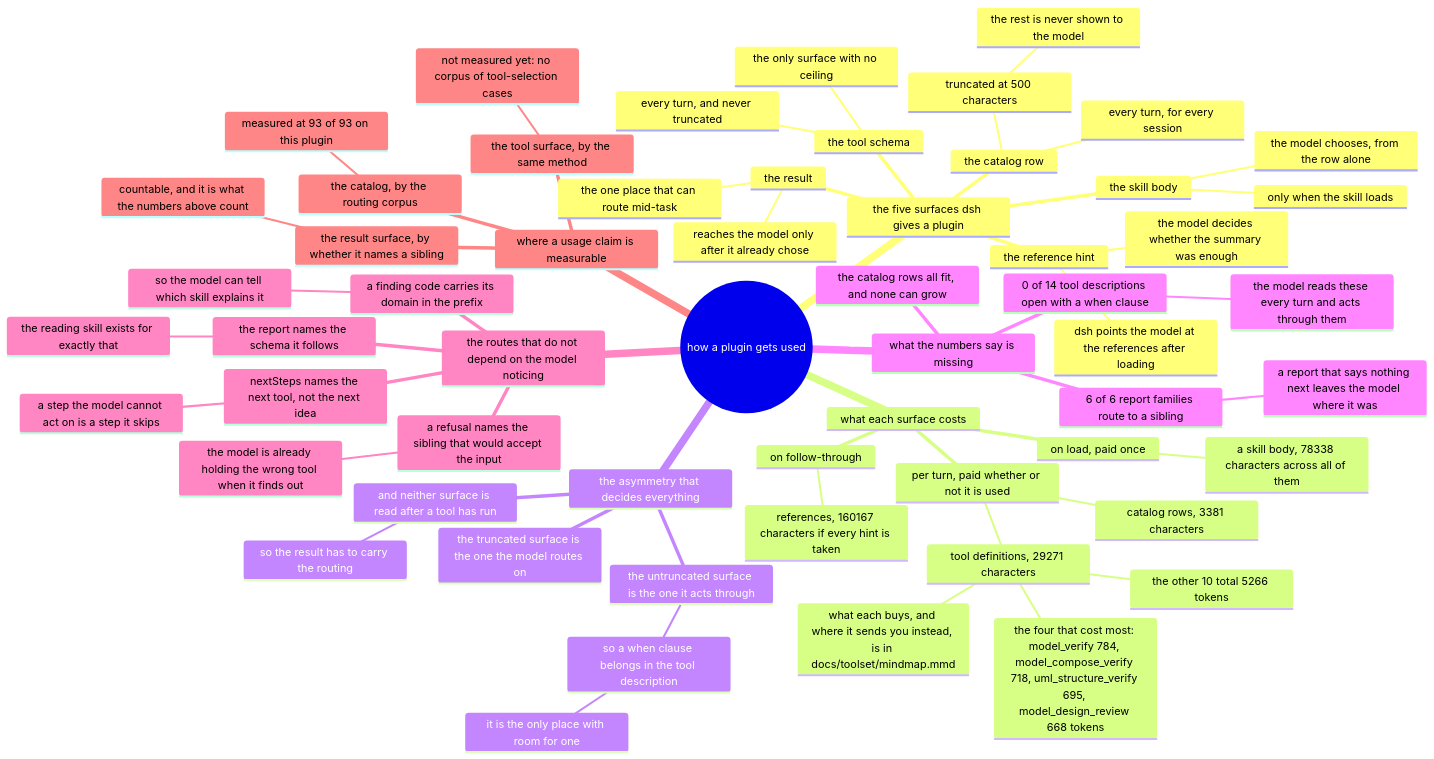
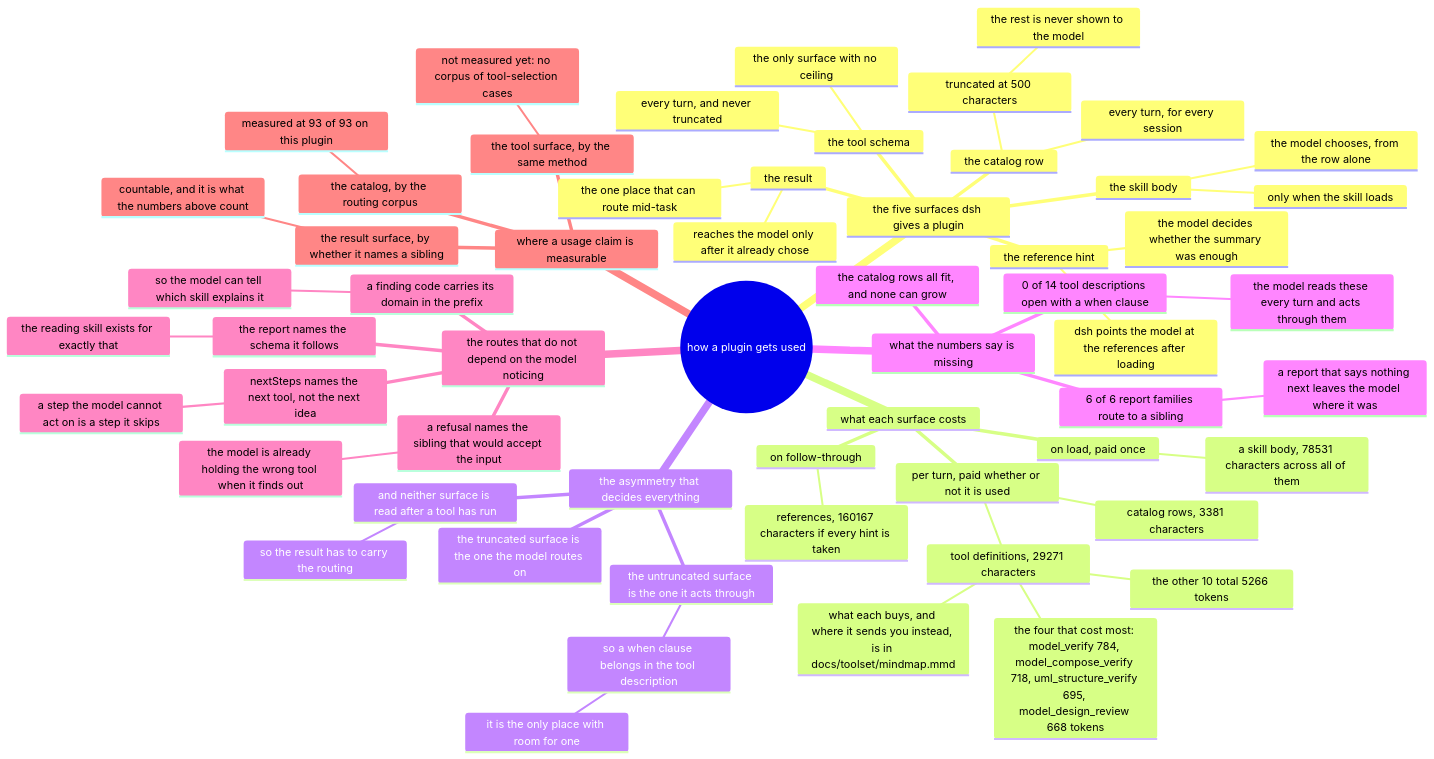
One commit to AmethystLuna/dsh-model-everything changed the diagram in docs/usage/mindmap.mmd. Above: the diagram before and after it, drawn with Mermaid. The commit also changed 7 other files, not shown here.

```diff
--- a/docs/usage/mindmap.mmd
+++ b/docs/usage/mindmap.mmd
@@ -1,59 +1,59 @@
 mindmap
 root((how a plugin gets used))
   the five surfaces dsh gives a plugin
     the catalog row
       every turn, for every session
       truncated at 500 characters
         the rest is never shown to the model
     the skill body
       only when the skill loads
       the model chooses, from the row alone
     the reference hint
       dsh points the model at the references after loading
       the model decides whether the summary was enough
     the tool schema
       every turn, and never truncated
       the only surface with no ceiling
     the result
       reaches the model only after it already chose
       the one place that can route mid-task
   what each surface costs
     per turn, paid whether or not it is used
       catalog rows, 3381 characters
       tool definitions, 29271 characters
         the four that cost most: model_verify 784, model_compose_verify 718, uml_structure_verify 695, model_design_review 668 tokens
         the other 10 total 5266 tokens
         what each buys, and where it sends you instead, is in docs/toolset/mindmap.mmd
     on load, paid once
-      a skill body, 78338 characters across all of them
+      a skill body, 78531 characters across all of them
     on follow-through
       references, 160167 characters if every hint is taken
   the asymmetry that decides everything
     the truncated surface is the one the model routes on
     the untruncated surface is the one it acts through
       so a when clause belongs in the tool description
         it is the only place with room for one
     and neither surface is read after a tool has run
       so the result has to carry the routing
   what the numbers say is missing
     0 of 14 tool descriptions open with a when clause
       the model reads these every turn and acts through them
     6 of 6 report families route to a sibling
       a report that says nothing next leaves the model where it was
     the catalog rows all fit, and none can grow
   the routes that do not depend on the model noticing
     a refusal names the sibling that would accept the input
       the model is already holding the wrong tool when it finds out
     nextSteps names the next tool, not the next idea
       a step the model cannot act on is a step it skips
     a finding code carries its domain in the prefix
       so the model can tell which skill explains it
     the report names the schema it follows
       the reading skill exists for exactly that
   where a usage claim is measurable
     the catalog, by the routing corpus
       measured at 93 of 93 on this plugin
     the tool surface, by the same method
       not measured yet: no corpus of tool-selection cases
     the result surface, by whether it names a sibling
       countable, and it is what the numbers above count
```
